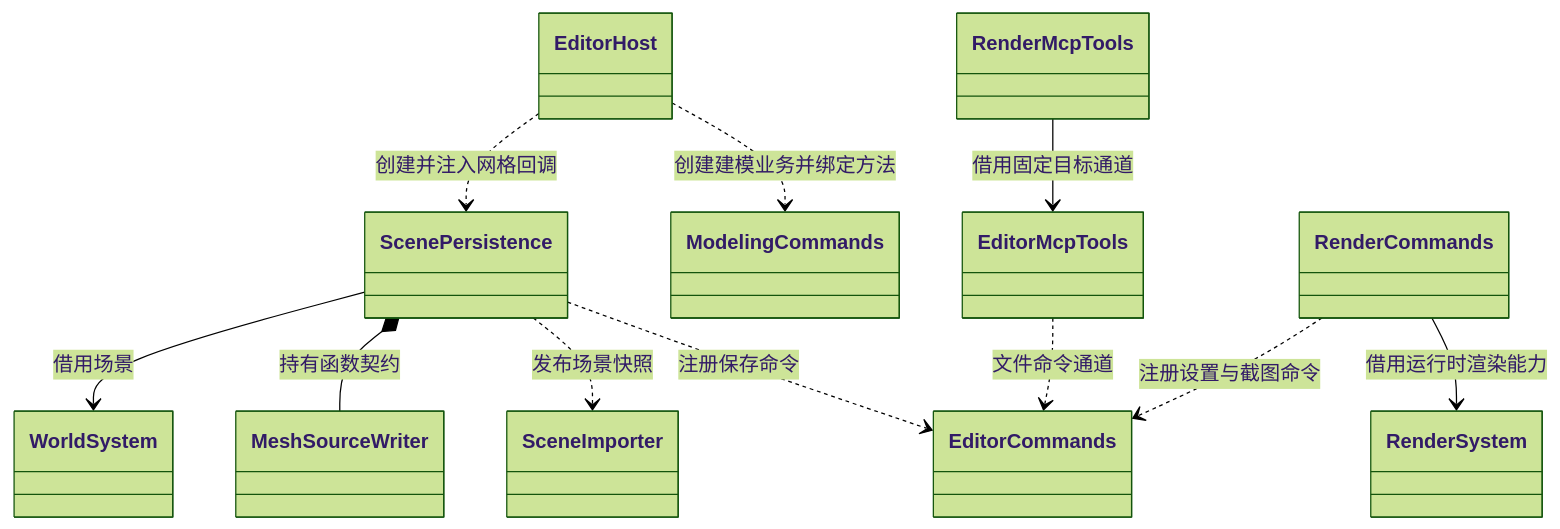
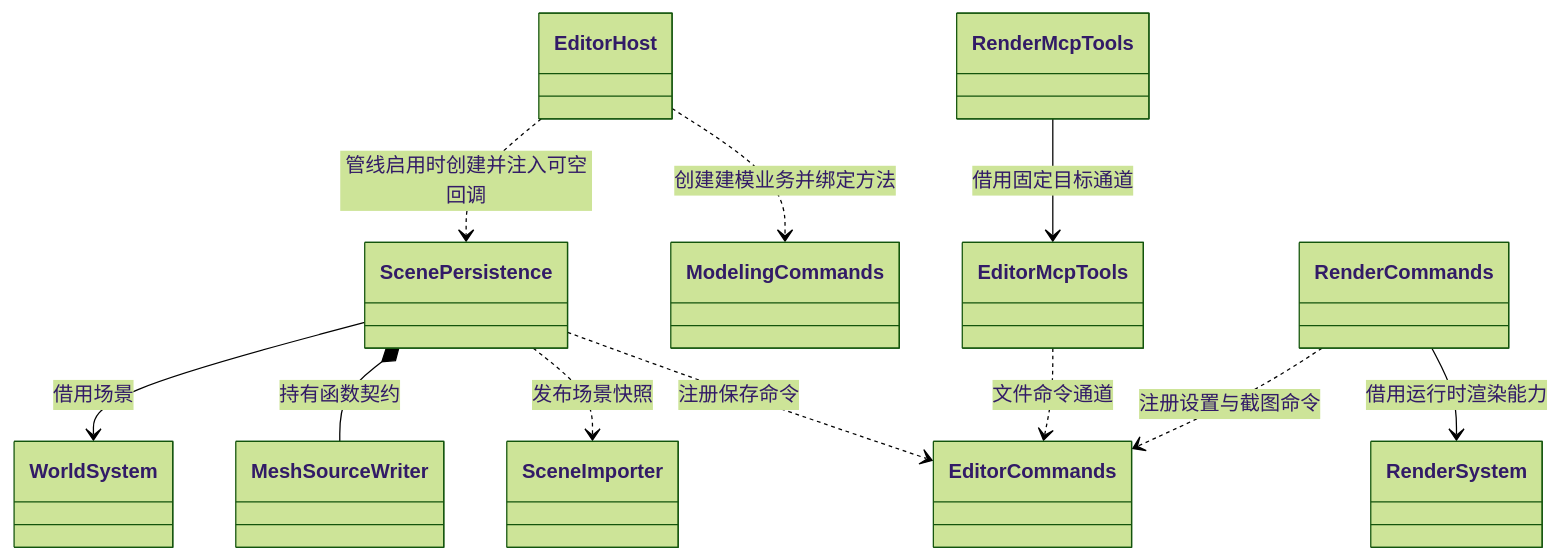
Diagram 33 of 36 in docs/class-diagrams/references.md (lcals/Engine), drawn with Mermaid (forest theme) before and after one commit. The commit also changed other lines of this file and 78 other files, not shown here.

````diff
--- a/docs/class-diagrams/references.md
+++ b/docs/class-diagrams/references.md
@@ -970,24 +982,24 @@
 ```mermaid
 classDiagram
     class ScenePersistence
     class ModelingCommands
     class EditorHost
     class MeshSourceWriter
     class WorldSystem
     class SceneImporter
     class EditorCommands
     class EditorMcpTools
     class RenderCommands
     class RenderMcpTools
     class RenderSystem
     ScenePersistence --> WorldSystem : 借用场景
     EditorHost ..> ModelingCommands : 创建建模业务并绑定方法
-    EditorHost ..> ScenePersistence : 创建并注入网格回调
+    EditorHost ..> ScenePersistence : 管线启用时创建并注入可空回调
     ScenePersistence *-- MeshSourceWriter : 持有函数契约
     ScenePersistence ..> SceneImporter : 发布场景快照
     ScenePersistence ..> EditorCommands : 注册保存命令
     EditorMcpTools ..> EditorCommands : 文件命令通道
     RenderMcpTools --> EditorMcpTools : 借用固定目标通道
     RenderCommands ..> EditorCommands : 注册设置与截图命令
     RenderCommands --> RenderSystem : 借用运行时渲染能力
 ```
````
